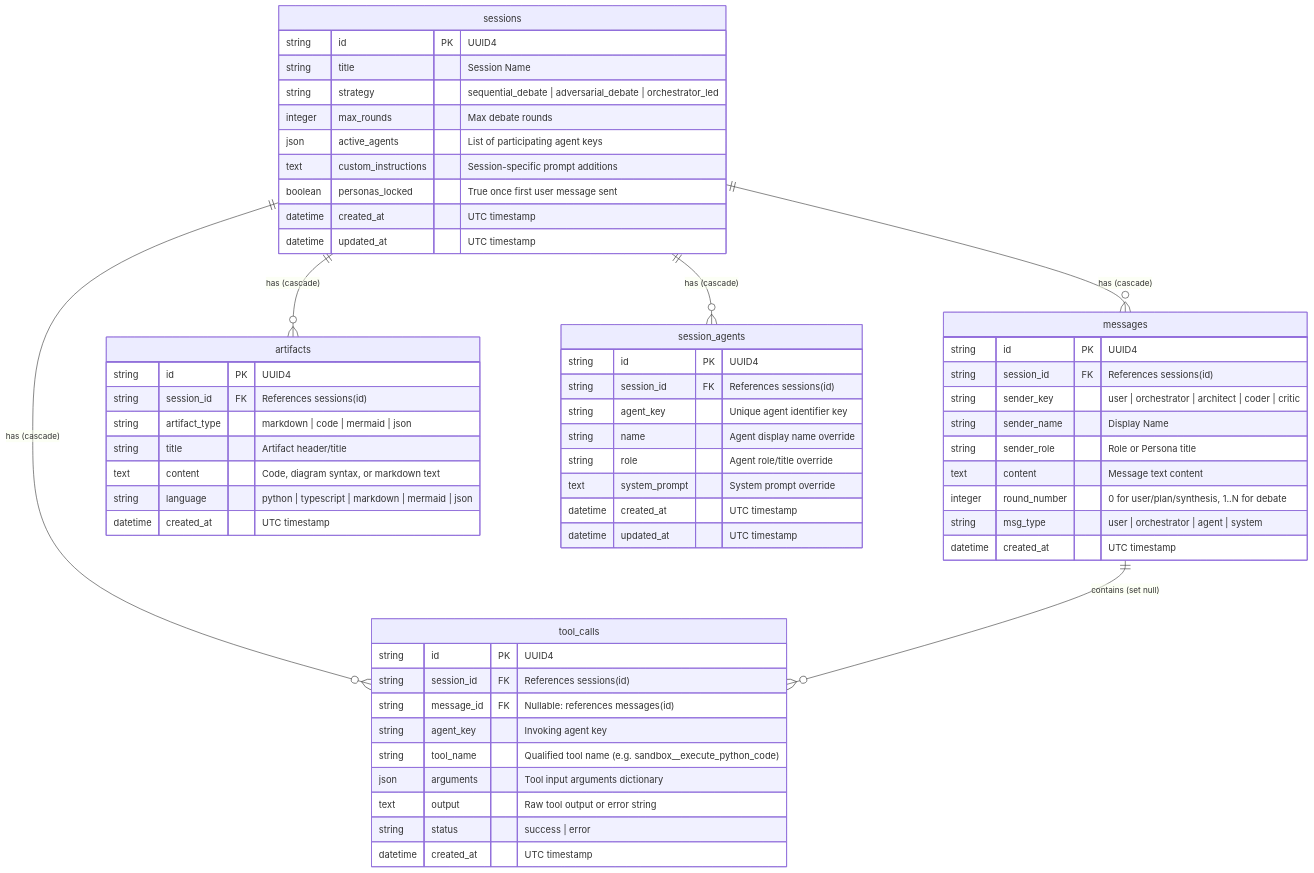
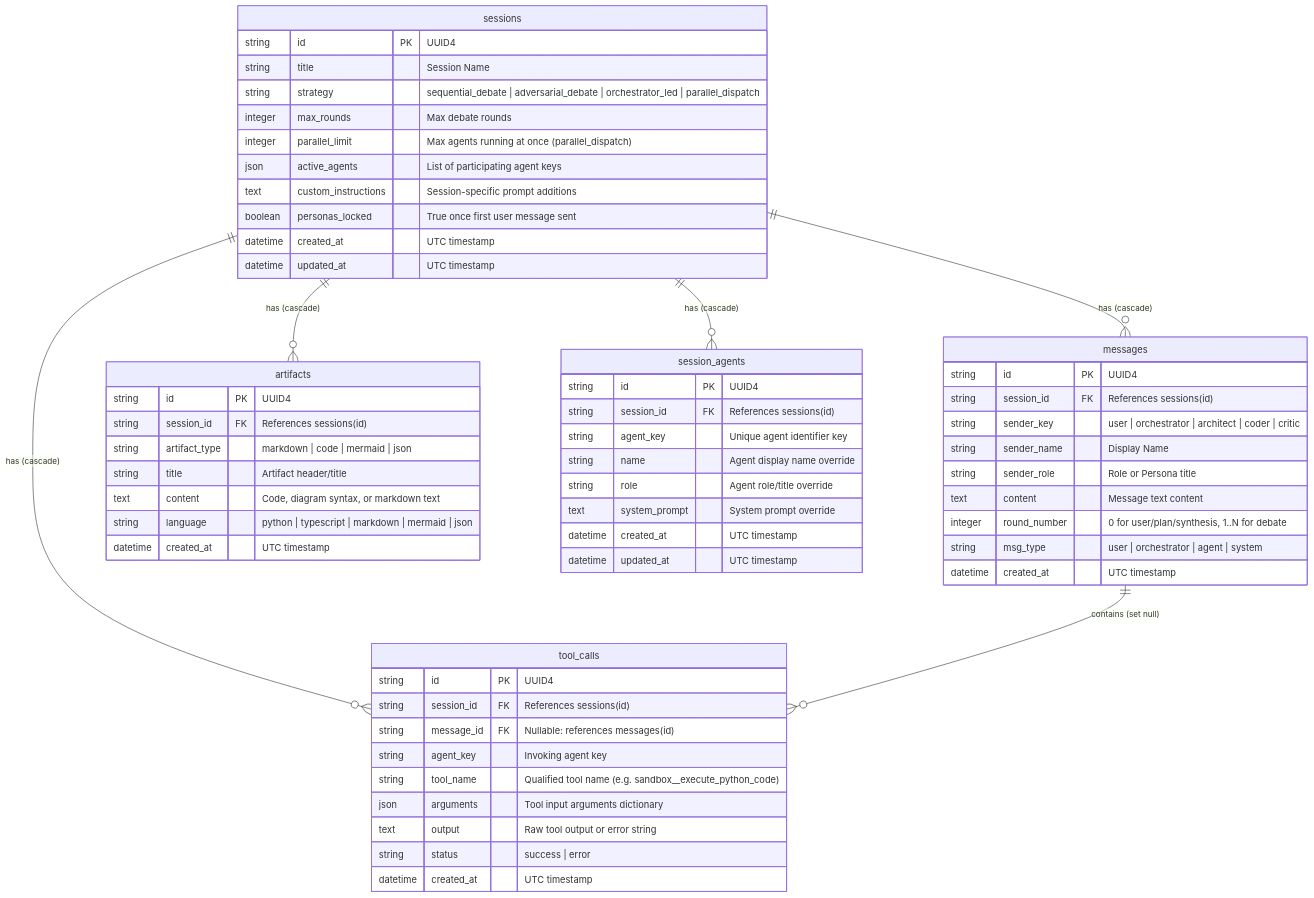
The diagram in wiki/architecture/database-schema.md (HaJaehee/MultiAgentOrchestrator), drawn with Mermaid before and after one commit. The commit also changed other lines of this file and 16 other files, not shown here.

````diff
--- a/wiki/architecture/database-schema.md
+++ b/wiki/architecture/database-schema.md
@@ -9,65 +9,66 @@
 ```mermaid
 erDiagram
     sessions ||--o{ messages : "has (cascade)"
     sessions ||--o{ tool_calls : "has (cascade)"
     sessions ||--o{ artifacts : "has (cascade)"
     sessions ||--o{ session_agents : "has (cascade)"
     messages ||--o{ tool_calls : "contains (set null)"
 
     sessions {
         string id PK "UUID4"
         string title "Session Name"
-        string strategy "sequential_debate | adversarial_debate | orchestrator_led"
+        string strategy "sequential_debate | adversarial_debate | orchestrator_led | parallel_dispatch"
         integer max_rounds "Max debate rounds"
+        integer parallel_limit "Max agents running at once (parallel_dispatch)"
         json active_agents "List of participating agent keys"
         text custom_instructions "Session-specific prompt additions"
         boolean personas_locked "True once first user message sent"
         datetime created_at "UTC timestamp"
         datetime updated_at "UTC timestamp"
     }
 
     messages {
         string id PK "UUID4"
         string session_id FK "References sessions(id)"
         string sender_key "user | orchestrator | architect | coder | critic"
         string sender_name "Display Name"
         string sender_role "Role or Persona title"
         text content "Message text content"
         integer round_number "0 for user/plan/synthesis, 1..N for debate"
         string msg_type "user | orchestrator | agent | system"
         datetime created_at "UTC timestamp"
     }
 
     tool_calls {
         string id PK "UUID4"
         string session_id FK "References sessions(id)"
         string message_id FK "Nullable: references messages(id)"
         string agent_key "Invoking agent key"
         string tool_name "Qualified tool name (e.g. sandbox__execute_python_code)"
         json arguments "Tool input arguments dictionary"
         text output "Raw tool output or error string"
         string status "success | error"
         datetime created_at "UTC timestamp"
     }
 
     artifacts {
         string id PK "UUID4"
         string session_id FK "References sessions(id)"
         string artifact_type "markdown | code | mermaid | json"
         string title "Artifact header/title"
         text content "Code, diagram syntax, or markdown text"
         string language "python | typescript | markdown | mermaid | json"
         datetime created_at "UTC timestamp"
     }
 
     session_agents {
         string id PK "UUID4"
         string session_id FK "References sessions(id)"
         string agent_key "Unique agent identifier key"
         string name "Agent display name override"
         string role "Agent role/title override"
         text system_prompt "System prompt override"
         datetime created_at "UTC timestamp"
         datetime updated_at "UTC timestamp"
     }
 ```
````
